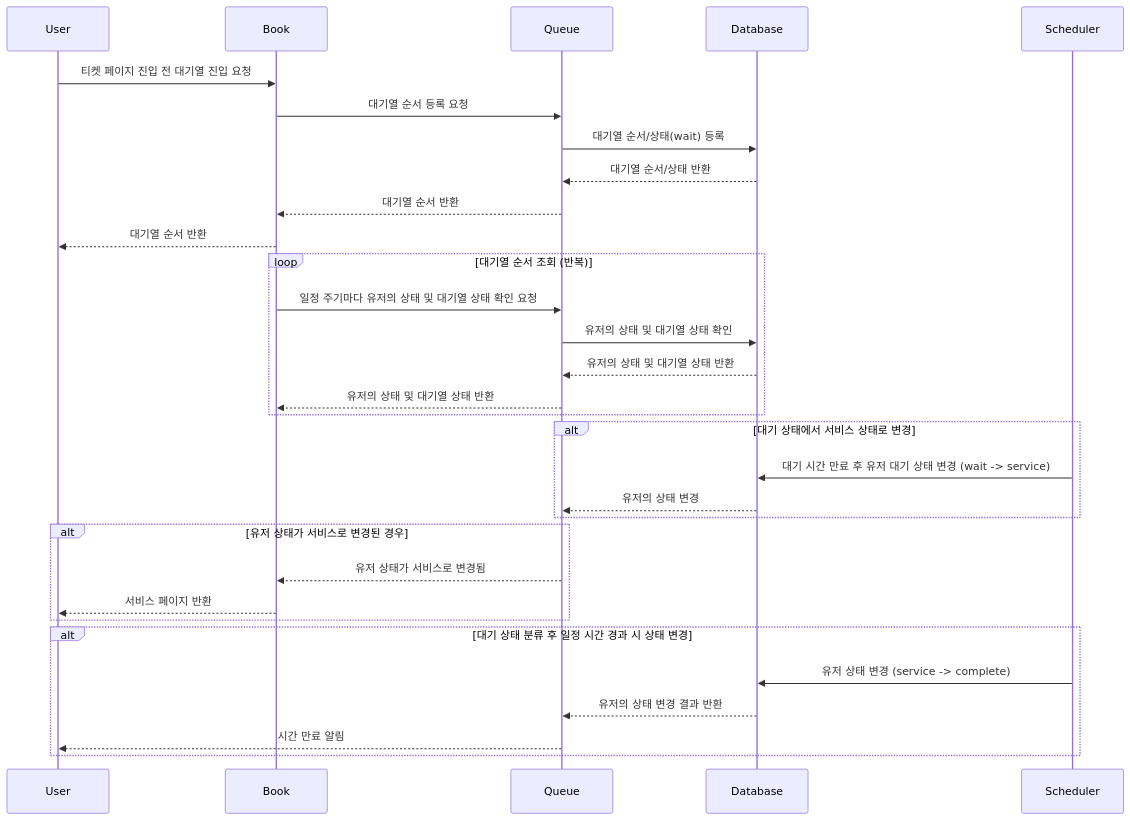
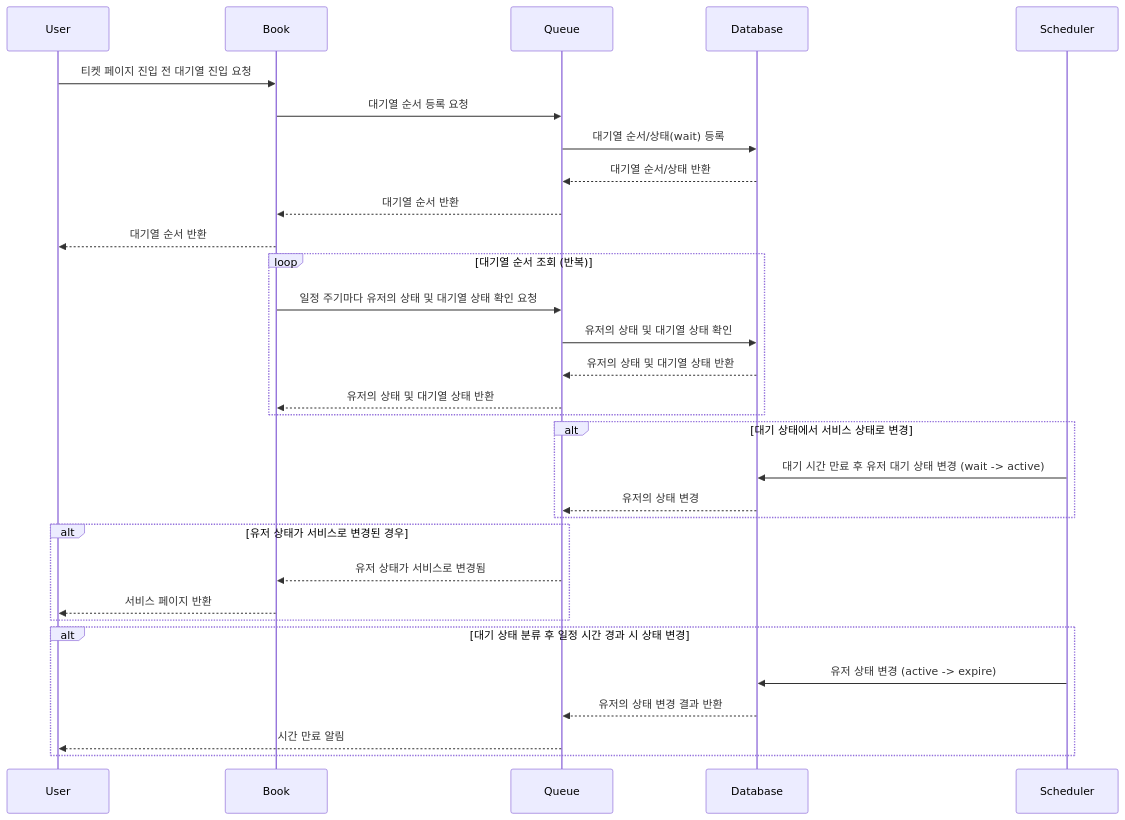
The first of 6 diagrams in README.md (durara021/hhplus-server-construction), drawn with Mermaid before and after one commit. The commit also changed other lines of this file, not shown here.

````diff
--- a/README.md
+++ b/README.md
@@ -3,38 +3,38 @@
 ```mermaid
 sequenceDiagram
     participant User
     participant Book
     participant Queue
     participant Database
     participant Scheduler
 
     User ->> Book: 티켓 페이지 진입 전 대기열 진입 요청
     Book ->> Queue: 대기열 순서 등록 요청
     Queue ->> Database: 대기열 순서/상태(wait) 등록
     Database -->> Queue: 대기열 순서/상태 반환
     Queue -->> Book: 대기열 순서 반환
     Book -->> User: 대기열 순서 반환
 
     loop 대기열 순서 조회 (반복)
         Book ->> Queue: 일정 주기마다 유저의 상태 및 대기열 상태 확인 요청
         Queue ->> Database: 유저의 상태 및 대기열 상태 확인
         Database -->> Queue: 유저의 상태 및 대기열 상태 반환
         Queue -->> Book: 유저의 상태 및 대기열 상태 반환
     end
 
     alt 대기 상태에서 서비스 상태로 변경
-        Scheduler ->> Database: 대기 시간 만료 후 유저 대기 상태 변경 (wait -> service)
+        Scheduler ->> Database: 대기 시간 만료 후 유저 대기 상태 변경 (wait -> active)
         Database -->> Queue: 유저의 상태 변경
     end
 
     alt 유저 상태가 서비스로 변경된 경우
         Queue -->> Book: 유저 상태가 서비스로 변경됨
         Book -->> User: 서비스 페이지 반환
     end
 
     alt 대기 상태 분류 후 일정 시간 경과 시 상태 변경
-        Scheduler ->> Database: 유저 상태 변경 (service -> complete)
+        Scheduler ->> Database: 유저 상태 변경 (active -> expire)
         Database -->> Queue: 유저의 상태 변경 결과 반환
         Queue -->> User: 시간 만료 알림
     end
 ```
````
